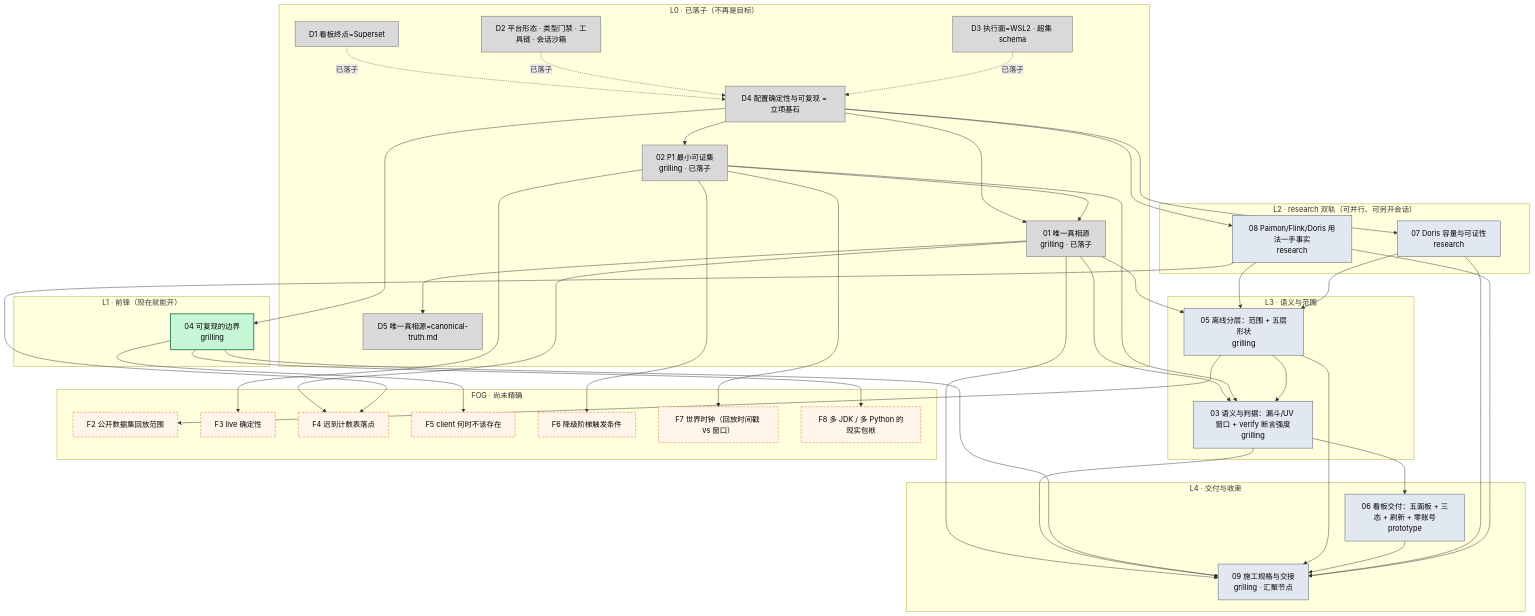
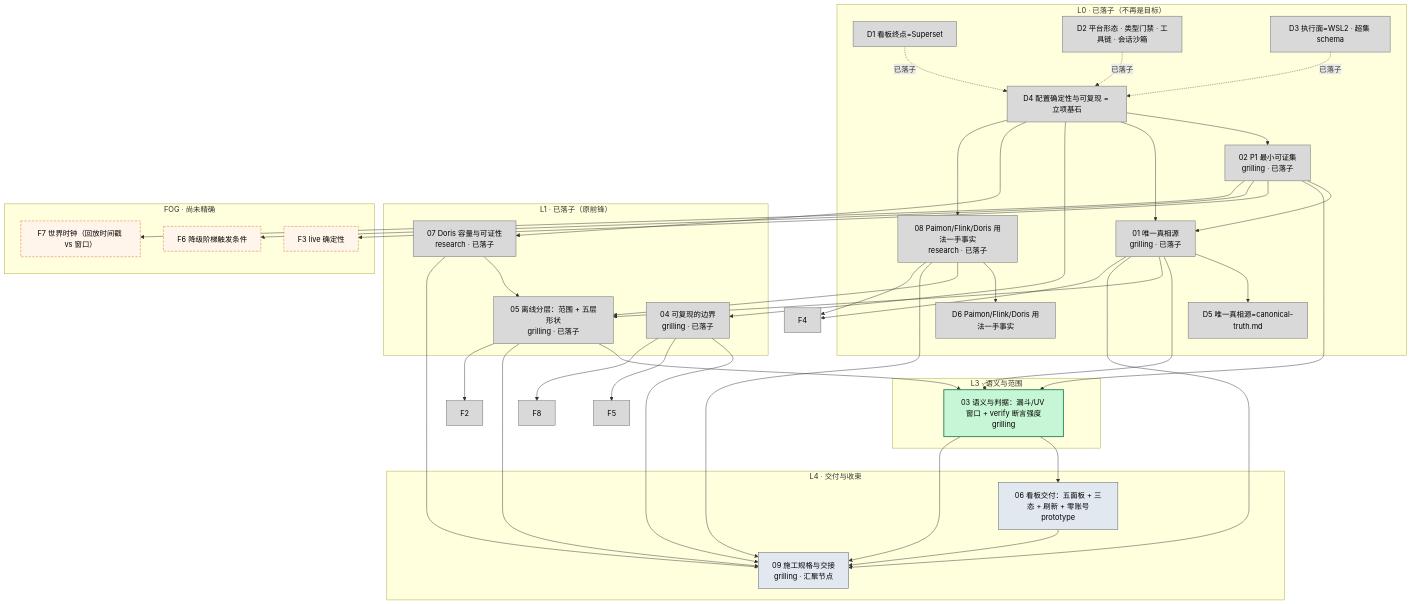
One commit to Gaomen-7/eco-d-a-platform changed the diagram in .scratch/ecom-user-behavior-pipeline/issues/map-dag.md. Above: the diagram before and after it, drawn with Mermaid. The commit also changed other lines of this file and 3 other files, not shown here.

````diff
--- a/.scratch/ecom-user-behavior-pipeline/issues/map-dag.md
+++ b/.scratch/ecom-user-behavior-pipeline/issues/map-dag.md
@@ -20,22 +20,20 @@
     D3["D3 执行面=WSL2 · 超集 schema"]
     D4["D4 配置确定性与可复现 = 立项基石"]
     D5["D5 唯一真相源=canonical-truth.md"]
+    D6["D6 Paimon/Flink/Doris 用法一手事实"]
     T02["02 P1 最小可证集<br/>grilling · 已落子"]
     T01["01 唯一真相源<br/>grilling · 已落子"]
+    R08["08 Paimon/Flink/Doris 用法一手事实<br/>research · 已落子"]
   end
 
-  subgraph L1["L1 · 前锋（现在就能开）"]
-    T04["04 可复现的边界<br/>grilling"]
-  end
-
-  subgraph L2["L2 · research 双轨（可并行、可另开会话）"]
-    R07["07 Doris 容量与可证性<br/>research"]
-    R08["08 Paimon/Flink/Doris 用法一手事实<br/>research"]
+  subgraph L1["L1 · 已落子（原前锋）"]
+    T04["04 可复现的边界<br/>grilling · 已落子"]
+    R07["07 Doris 容量与可证性<br/>research · 已落子"]
+    T05["05 离线分层：范围 + 五层形状<br/>grilling · 已落子"]
   end
 
   subgraph L3["L3 · 语义与范围"]
     T03["03 语义与判据：漏斗/UV 窗口 + verify 断言强度<br/>grilling"]
-    T05["05 离线分层：范围 + 五层形状<br/>grilling"]
   end
 
   subgraph L4["L4 · 交付与收束"]
@@ -44,13 +42,9 @@
   end
 
   subgraph FOG["FOG · 尚未精确"]
-    F2["F2 公开数据集回放范围"]
     F3["F3 live 确定性"]
-    F4["F4 迟到计数表落点"]
-    F5["F5 client 何时不该存在"]
     F6["F6 降级阶梯触发条件"]
     F7["F7 世界时钟（回放时间戳 vs 窗口）"]
-    F8["F8 多 JDK / 多 Python 的现实包袱"]
   end
 
   D1 -.已落子.-> D4
@@ -62,6 +56,7 @@
   D4 --> R07
   D4 --> R08
   T01 --> D5
+  R08 --> D6
 
   T02 --> T01
   T01 --> T03
@@ -82,14 +77,14 @@
   T02 --> F3
   T02 --> F6
   T02 --> F7
-  T01 --> F4
-  R08 --> F4
   T04 --> F5
   T04 --> F8
   T05 --> F2
+  T01 --> F4
+  R08 --> F4
 
-  class D1,D2,D3,D4,D5,T01,T02 landed;
-  class T04 frontier;
-  class R07,R08,T03,T05,T06,T09 blocked;
-  class F2,F3,F4,F5,F6,F7,F8 fog;
+  class D1,D2,D3,D4,D5,D6,D7,D8,T01,T02,T04,R07,R08,T05,F2,F4,F5,F8 landed;
+  class T03 frontier;
+  class T06,T09 blocked;
+  class F3,F6,F7 fog;
 ```
````
